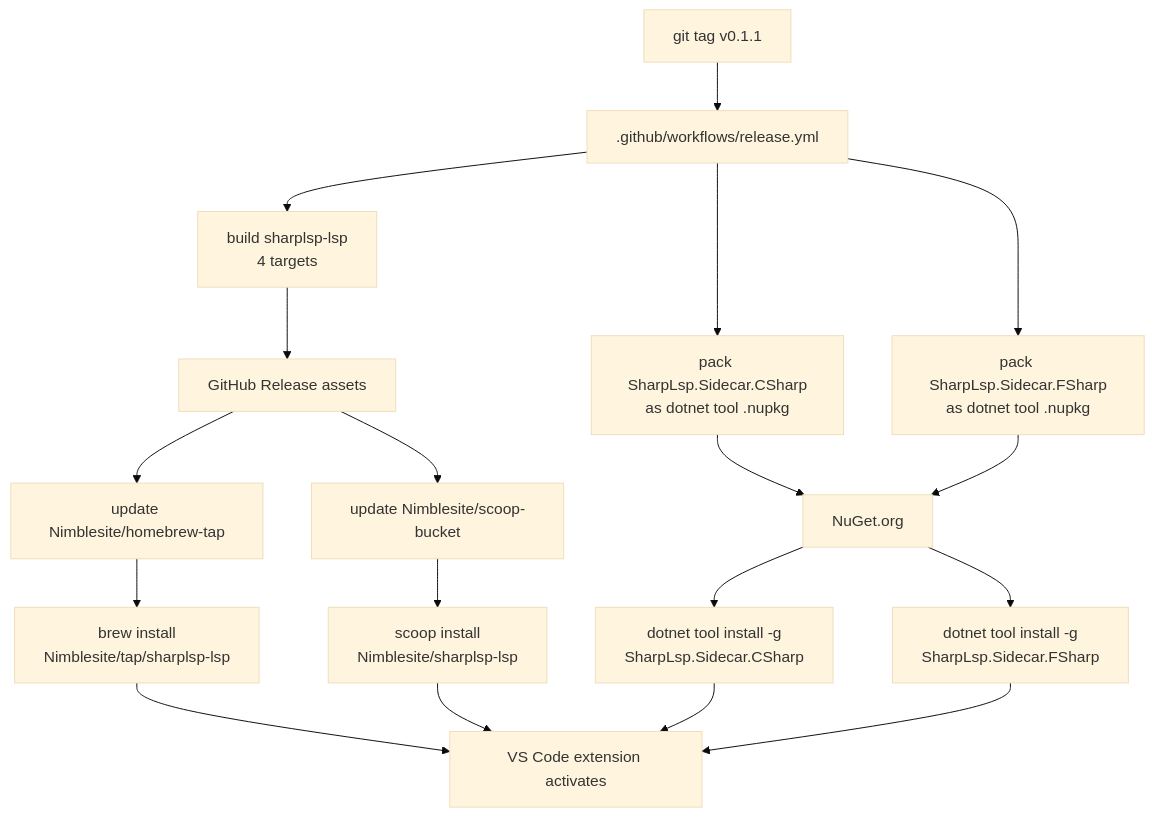
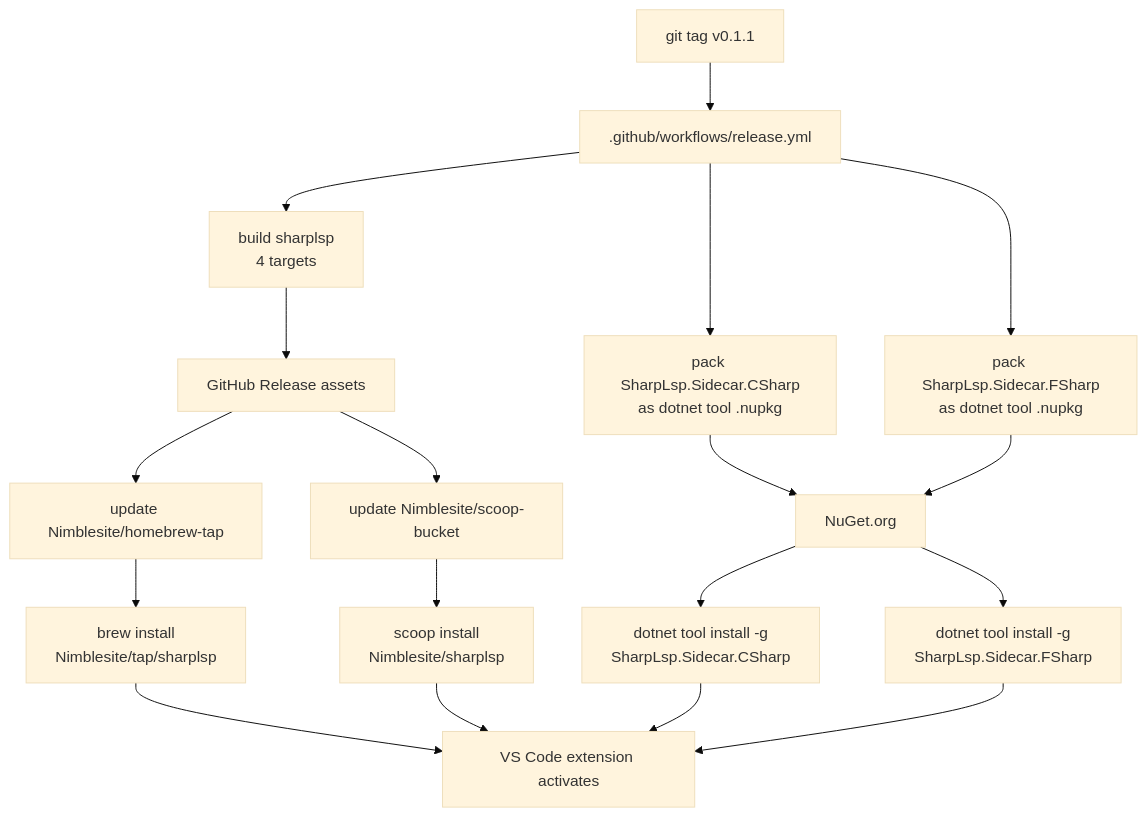
The first of 2 diagrams in docs/specs/BINARY-DEPLOYMENT.md (Nimblesite/SharpLsp), drawn with Mermaid (base theme) before and after one commit. The commit also changed other lines of this file and 64 other files, not shown here.

````diff
--- a/docs/specs/BINARY-DEPLOYMENT.md
+++ b/docs/specs/BINARY-DEPLOYMENT.md
@@ -35,17 +35,17 @@
 ```mermaid
 flowchart TD
     Tag["git tag v0.1.1"] --> Release[.github/workflows/release.yml]
-    Release --> BuildRust["build sharplsp-lsp<br/>4 targets"]
+    Release --> BuildRust["build sharplsp<br/>4 targets"]
     Release --> PackCS["pack SharpLsp.Sidecar.CSharp<br/>as dotnet tool .nupkg"]
     Release --> PackFS["pack SharpLsp.Sidecar.FSharp<br/>as dotnet tool .nupkg"]
     BuildRust --> GH[GitHub Release assets]
     PackCS --> Nuget[NuGet.org]
     PackFS --> Nuget
     GH --> Brew[update Nimblesite/homebrew-tap]
     GH --> Scoop[update Nimblesite/scoop-bucket]
-    Brew --> UserBrew["brew install<br/>Nimblesite/tap/sharplsp-lsp"]
-    Scoop --> UserScoop["scoop install<br/>Nimblesite/sharplsp-lsp"]
+    Brew --> UserBrew["brew install<br/>Nimblesite/tap/sharplsp"]
+    Scoop --> UserScoop["scoop install<br/>Nimblesite/sharplsp"]
     Nuget --> UserCS["dotnet tool install -g<br/>SharpLsp.Sidecar.CSharp"]
     Nuget --> UserFS["dotnet tool install -g<br/>SharpLsp.Sidecar.FSharp"]
     UserBrew & UserScoop & UserCS & UserFS --> VSIX[VS Code extension activates]
 ```
````
